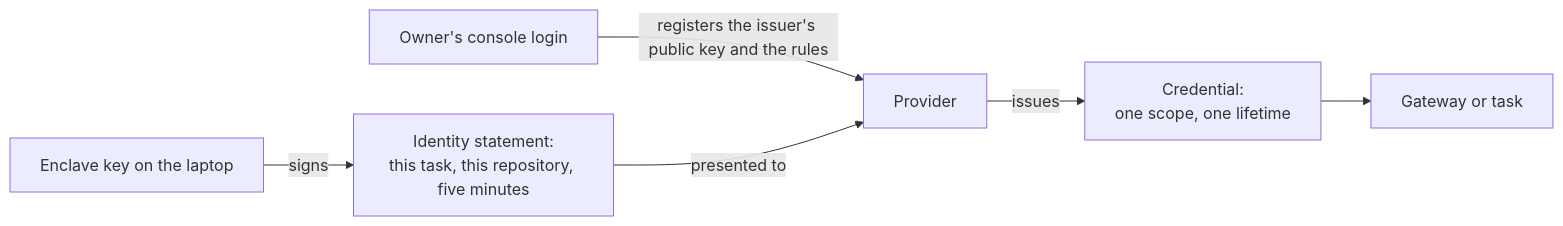
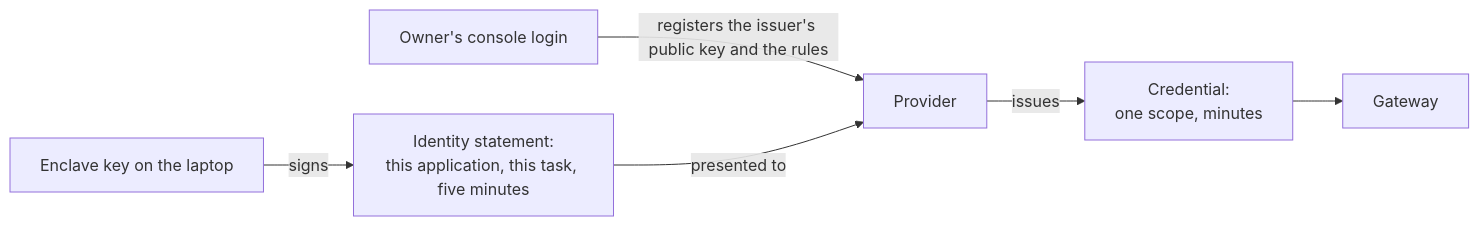
The first of 4 diagrams in doc/threat-model.md (kirahowe/grants), drawn with Mermaid before and after one commit. The commit also changed other lines of this file, not shown here.

````diff
--- a/doc/threat-model.md
+++ b/doc/threat-model.md
@@ -34,8 +35,8 @@
 ```mermaid
 flowchart LR
     OWN["Owner's console login"] -->|"registers the issuer's public key and the rules"| PROV[Provider]
-    SE["Enclave key on the laptop"] -->|signs| ID["Identity statement:<br/>this task, this repository, five minutes"]
+    SE["Enclave key on the laptop"] -->|signs| ID["Identity statement:<br/>this application, this task, five minutes"]
     ID -->|"presented to"| PROV
-    PROV -->|issues| CRED["Credential:<br/>one scope, one lifetime"]
-    CRED --> USE["Gateway or task"]
+    PROV -->|issues| CRED["Credential:<br/>one scope, minutes"]
+    CRED --> USE["Gateway"]
 ```
````
